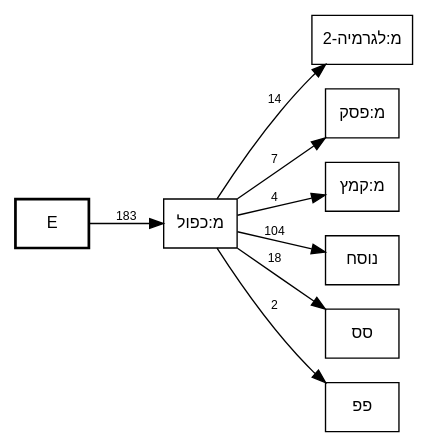
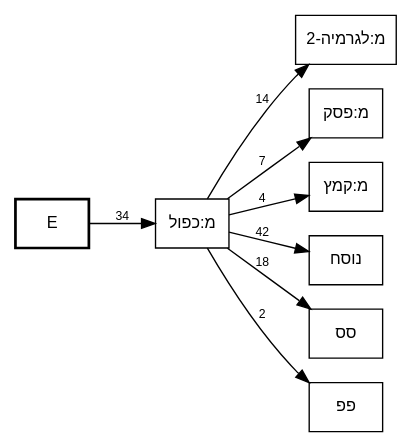
The diagram in out/MAM-tmpl-survey/plus-kaful-call-graph.dot (bdenckla/MAM-basics), drawn with Graphviz before and after one commit. The commit also changed 9 other files, not shown here.

First line of the commit message:
Move call-graph SVGs to MAM-parsed/doc, fix kaful edge overcounting

```diff
--- a/out/MAM-tmpl-survey/plus-kaful-call-graph.dot
+++ b/out/MAM-tmpl-survey/plus-kaful-call-graph.dot
@@ -1,21 +1,21 @@
 digraph template_call_graph {
     rankdir=LR;
     node [fontname="SBL Hebrew,Helvetica", fontsize=12];
     edge [fontname="Helvetica", fontsize=9];
 
     // Column nodes
     node [shape=box, style=bold];
     "E";
 
     // Template nodes
     node [shape=box, style=""];
 
     // Edges
-    "E" -> "מ:כפול" [label="183"];
+    "E" -> "מ:כפול" [label="34"];
     "מ:כפול" -> "מ:לגרמיה-2" [label="14"];
     "מ:כפול" -> "מ:פסק" [label="7"];
     "מ:כפול" -> "מ:קמץ" [label="4"];
-    "מ:כפול" -> "נוסח" [label="104"];
+    "מ:כפול" -> "נוסח" [label="42"];
     "מ:כפול" -> "סס" [label="18"];
     "מ:כפול" -> "פפ" [label="2"];
 }
```
